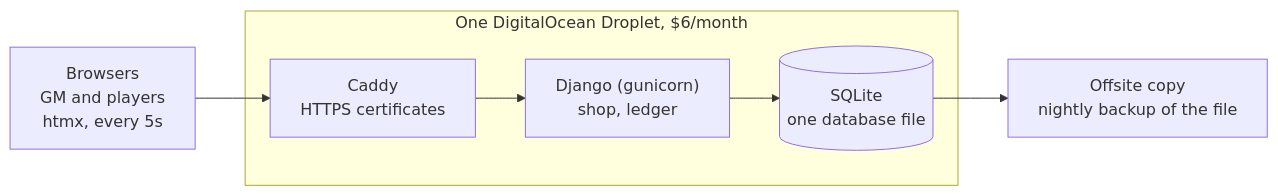
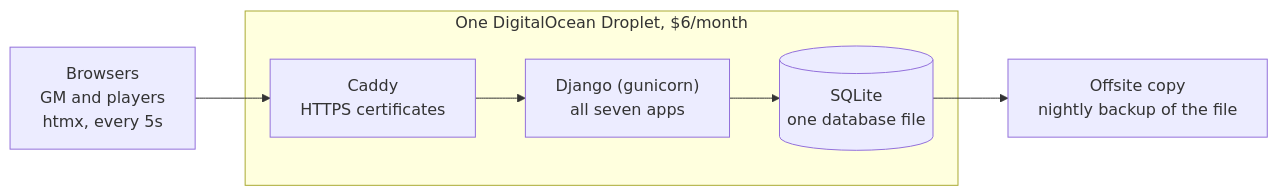
Before and after one commit to bernvaughn/west-marches-game-tracker-app: the diagram in README.md, drawn with Mermaid. The commit also changed other lines of this file, not shown here.

````diff
--- a/README.md
+++ b/README.md
@@ -32,8 +33,8 @@
 ```mermaid
 flowchart LR
     B["Browsers<br/>GM and players<br/>htmx, every 5s"] --> C
     subgraph D["One DigitalOcean Droplet, $6/month"]
-        C["Caddy<br/>HTTPS certificates"] --> G["Django (gunicorn)<br/>shop, ledger"] --> S[("SQLite<br/>one database file")]
+        C["Caddy<br/>HTTPS certificates"] --> G["Django (gunicorn)<br/>all seven apps"] --> S[("SQLite<br/>one database file")]
     end
     S --> O["Offsite copy<br/>nightly backup of the file"]
 ```
````
